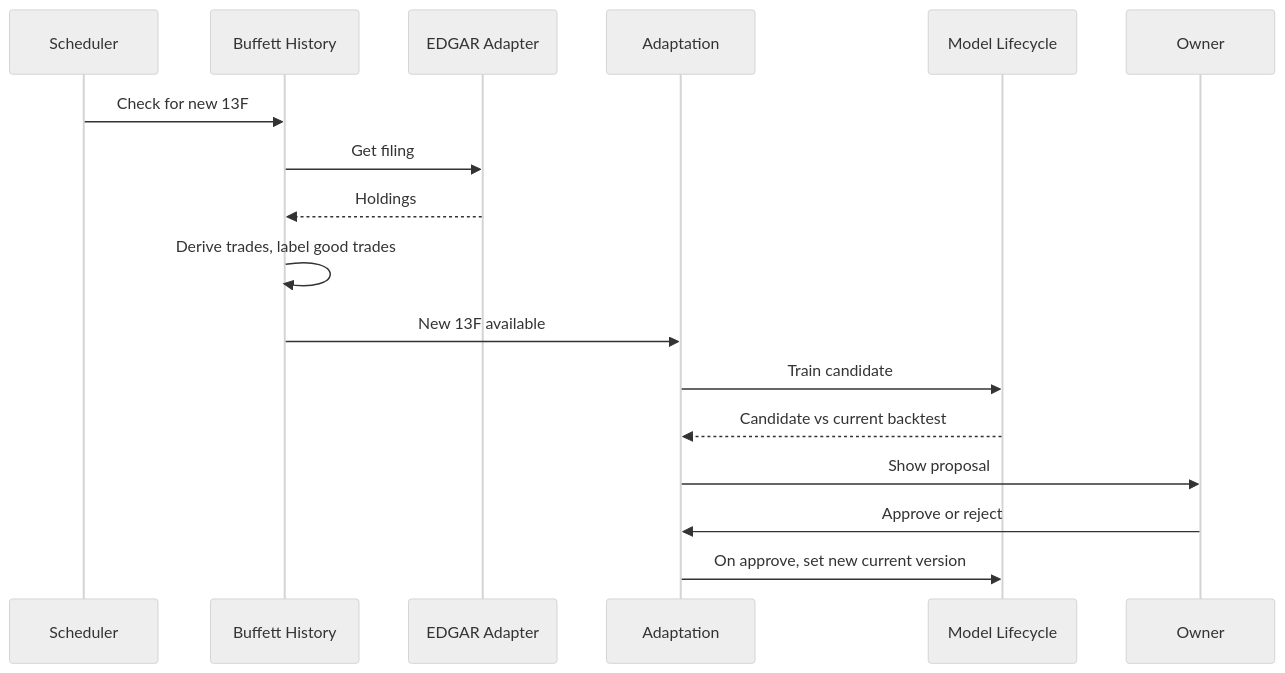
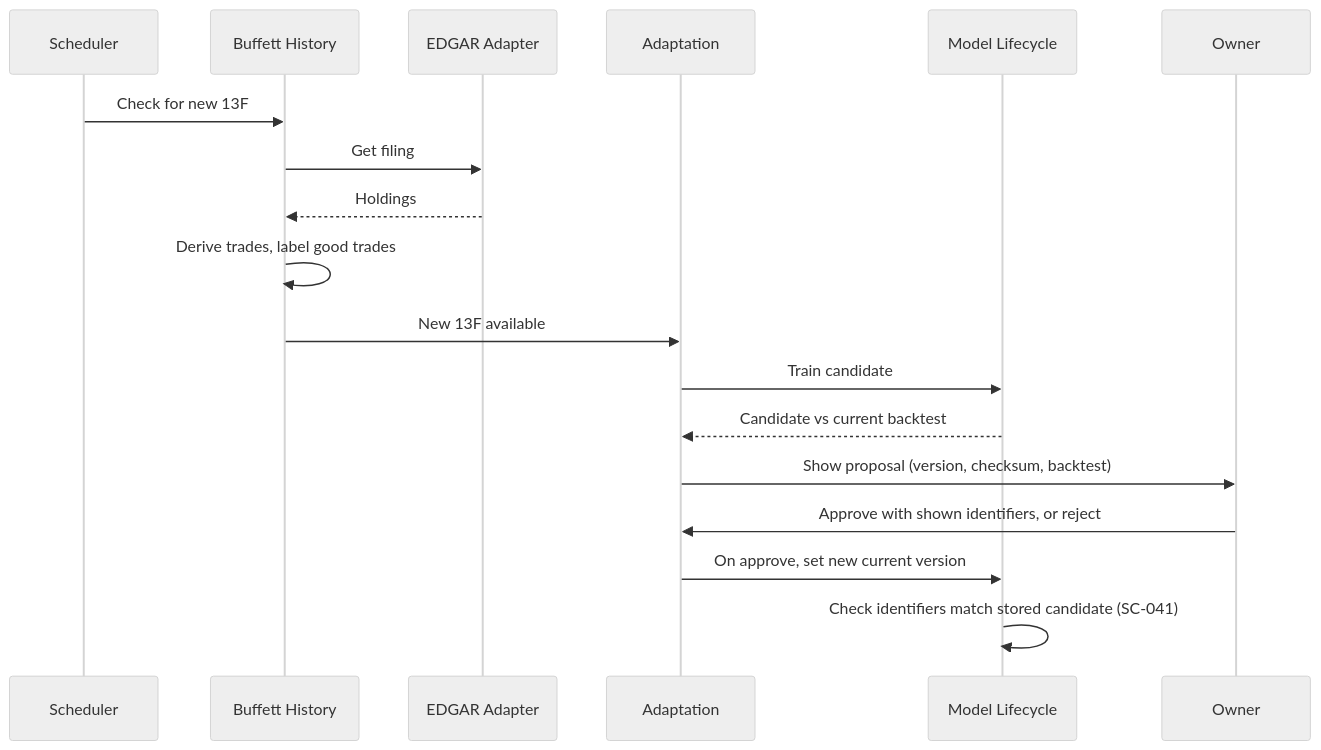
The third of 5 diagrams in ARCHITECTURE.md (jmanico/oracle-buffet), drawn with Mermaid (neutral theme) before and after one commit. The commit also changed other lines of this file and 5 other files, not shown here.

````diff
--- a/ARCHITECTURE.md
+++ b/ARCHITECTURE.md
@@ -161,19 +175,20 @@
 ```mermaid
 sequenceDiagram
   participant S as Scheduler
   participant B as Buffett History
   participant E as EDGAR Adapter
   participant A as Adaptation
   participant L as Model Lifecycle
   participant U as Owner
   S->>B: Check for new 13F
   B->>E: Get filing
   E-->>B: Holdings
   B->>B: Derive trades, label good trades
   B->>A: New 13F available
   A->>L: Train candidate
   L-->>A: Candidate vs current backtest
-  A->>U: Show proposal
-  U->>A: Approve or reject
+  A->>U: Show proposal (version, checksum, backtest)
+  U->>A: Approve with shown identifiers, or reject
   A->>L: On approve, set new current version
+  L->>L: Check identifiers match stored candidate (SC-041)
 ```
````
